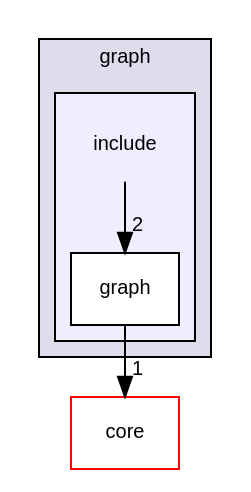
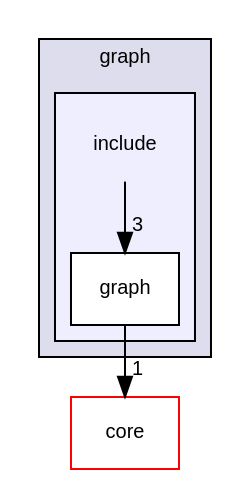
Before and after one commit to YuruTu/NANA: the diagram in docs/dir_530ae37280304dae5fb598c43c6ead02_dep.dot, drawn with Graphviz. The commit also changed 80 other files, not shown here.

```diff
--- a/docs/dir_530ae37280304dae5fb598c43c6ead02_dep.dot
+++ b/docs/dir_530ae37280304dae5fb598c43c6ead02_dep.dot
@@ -1,16 +1,16 @@
 digraph "NANA/modules/graph/include" {
   compound=true
   node [ fontsize="10", fontname="Helvetica"];
   edge [ labelfontsize="10", labelfontname="Helvetica"];
   subgraph clusterdir_33c137a055f180a488eaf5b0b4e3c87c {
     graph [ bgcolor="#ddddee", pencolor="black", label="graph" fontname="Helvetica", fontsize="10", URL="dir_33c137a055f180a488eaf5b0b4e3c87c.html"]
   subgraph clusterdir_530ae37280304dae5fb598c43c6ead02 {
     graph [ bgcolor="#eeeeff", pencolor="black", label="" URL="dir_530ae37280304dae5fb598c43c6ead02.html"];
     dir_530ae37280304dae5fb598c43c6ead02 [shape=plaintext label="include"];
   dir_ded71b52e7152afc80bc15dd74410626 [shape=box label="graph" fillcolor="white" style="filled" URL="dir_ded71b52e7152afc80bc15dd74410626.html"];
   }
   }
   dir_c3e203e05606b384f5fc9d03652c3ac7 [shape=box label="core" fillcolor="white" style="filled" color="red" URL="dir_c3e203e05606b384f5fc9d03652c3ac7.html"];
-  dir_530ae37280304dae5fb598c43c6ead02->dir_ded71b52e7152afc80bc15dd74410626 [headlabel="2", labeldistance=1.5 headhref="dir_000013_000014.html"];
+  dir_530ae37280304dae5fb598c43c6ead02->dir_ded71b52e7152afc80bc15dd74410626 [headlabel="3", labeldistance=1.5 headhref="dir_000013_000014.html"];
   dir_ded71b52e7152afc80bc15dd74410626->dir_c3e203e05606b384f5fc9d03652c3ac7 [headlabel="1", labeldistance=1.5 headhref="dir_000014_000006.html"];
 }
```
